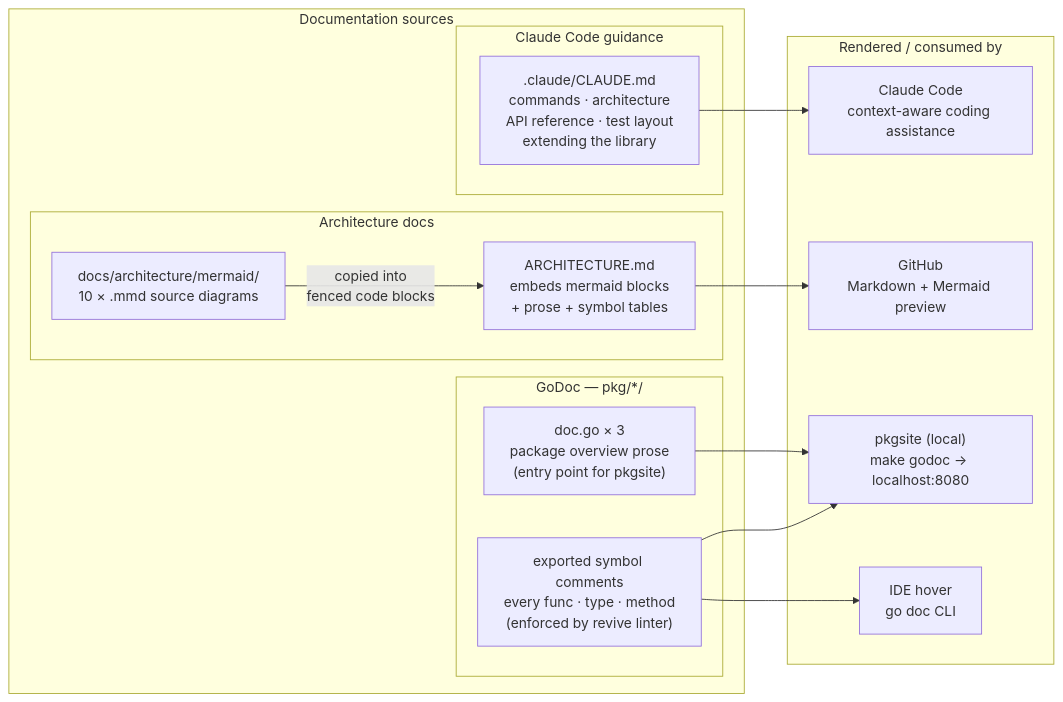
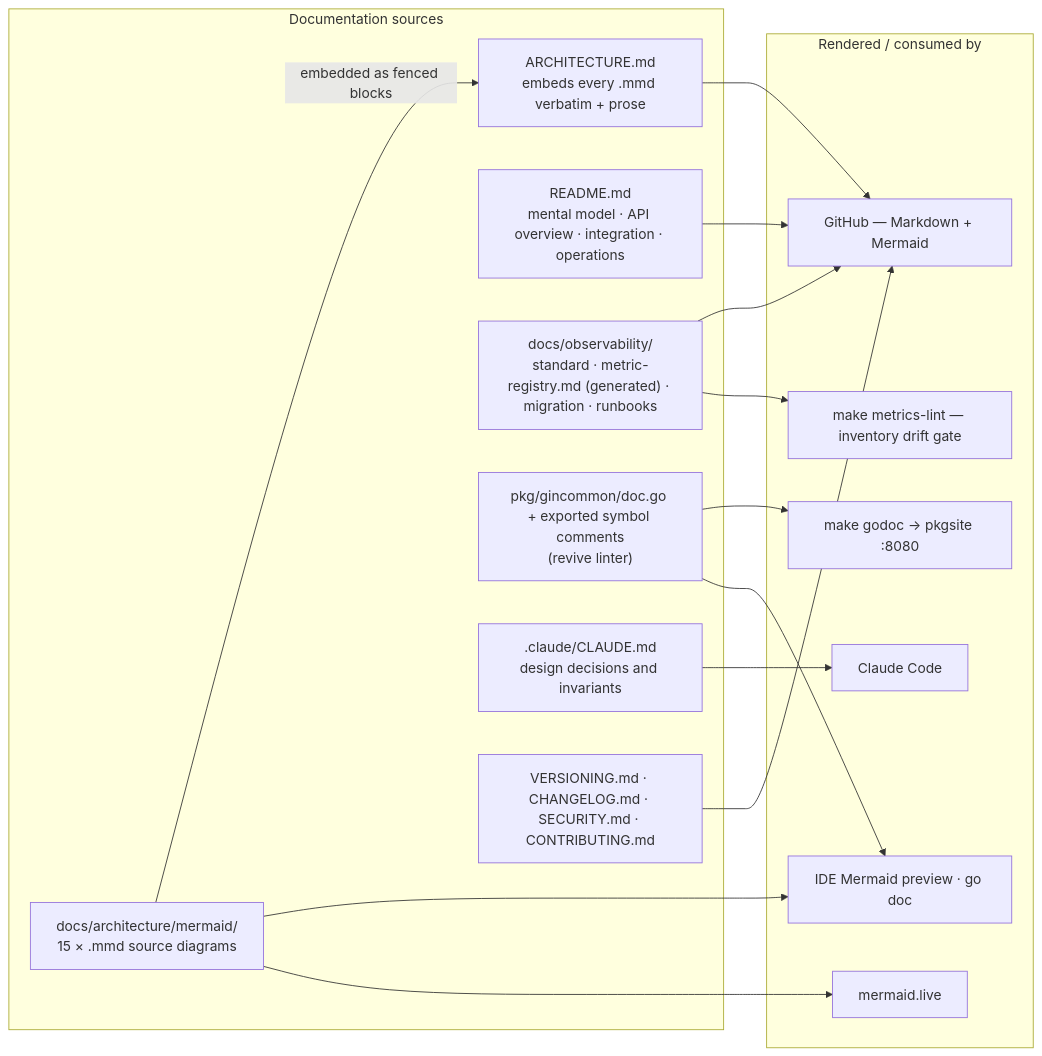
Before and after one commit to BCBP-SOLUTIONS-FZC-LLC/platform-gincommon: diagram 15 of 15 in ARCHITECTURE.md, drawn with Mermaid. The commit also changed other lines of this file and 198 other files, not shown here.

First line of the commit message:
feat!: v1.4.0 — Enterprise Platform Observability Standard + production hardening (#30)

````diff
--- a/ARCHITECTURE.md
+++ b/ARCHITECTURE.md
@@ -653,32 +1118,33 @@
 ```mermaid
 graph LR
     subgraph sources["Documentation sources"]
-        subgraph godoc_src["GoDoc  —  pkg/*/"]
-            doc_go["doc.go × 3<br/>package overview prose<br/>(entry point for pkgsite)"]
-            sym["exported symbol comments<br/>every func · type · method<br/>(enforced by revive linter)"]
-        end
-
-        subgraph arch_src["Architecture docs"]
-            mmd_files["docs/architecture/mermaid/<br/>10 × .mmd source diagrams"]
-            arch_md["ARCHITECTURE.md<br/>embeds mermaid blocks<br/>+ prose + symbol tables"]
-        end
-
-        subgraph claude_src["Claude Code guidance"]
-            claude_md[".claude/CLAUDE.md<br/>commands · architecture<br/>API reference · test layout<br/>extending the library"]
-        end
+        mmd["docs/architecture/mermaid/<br/>15 × .mmd source diagrams"]
+        arch["ARCHITECTURE.md<br/>embeds every .mmd verbatim + prose"]
+        readme["README.md<br/>mental model · API overview · integration · operations"]
+        obsdocs["docs/observability/<br/>standard · metric-registry.md (generated) · migration · runbooks"]
+        godoc["pkg/gincommon/doc.go + exported symbol comments<br/>(revive linter)"]
+        claude[".claude/CLAUDE.md<br/>design decisions and invariants"]
+        policy["VERSIONING.md · CHANGELOG.md · SECURITY.md · CONTRIBUTING.md"]
     end
 
     subgraph rendered["Rendered / consumed by"]
-        pkgsite["pkgsite (local)<br/>make godoc → localhost:8080"]
-        github_md["GitHub<br/>Markdown + Mermaid preview"]
-        ide["IDE hover<br/>go doc CLI"]
-        claude_ai["Claude Code<br/>context-aware coding assistance"]
+        github["GitHub — Markdown + Mermaid"]
+        ide["IDE Mermaid preview · go doc"]
+        live["mermaid.live"]
+        pkgsite["make godoc → pkgsite :8080"]
+        claude_ai["Claude Code"]
+        lint["make metrics-lint — inventory drift gate"]
     end
 
-    doc_go  --> pkgsite
-    sym     --> pkgsite
-    sym     --> ide
-    mmd_files -->|"copied into<br/>fenced code blocks"| arch_md
-    arch_md --> github_md
-    claude_md --> claude_ai
+    mmd -->|"embedded as fenced blocks"| arch
+    arch --> github
+    mmd --> ide
+    mmd --> live
+    readme --> github
+    obsdocs --> github
+    obsdocs --> lint
+    godoc --> pkgsite
+    godoc --> ide
+    claude --> claude_ai
+    policy --> github
 ```
````
